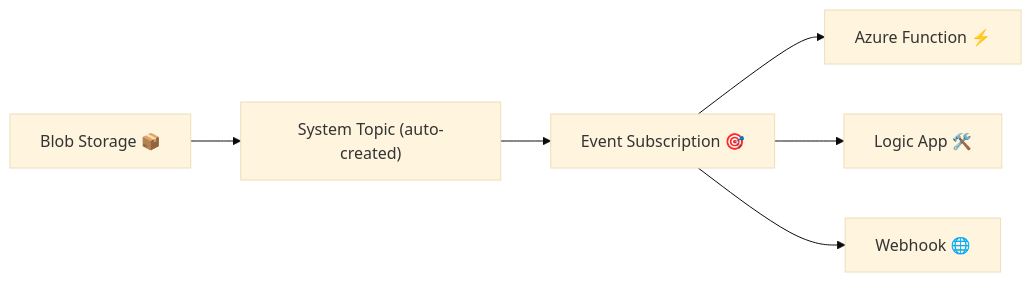
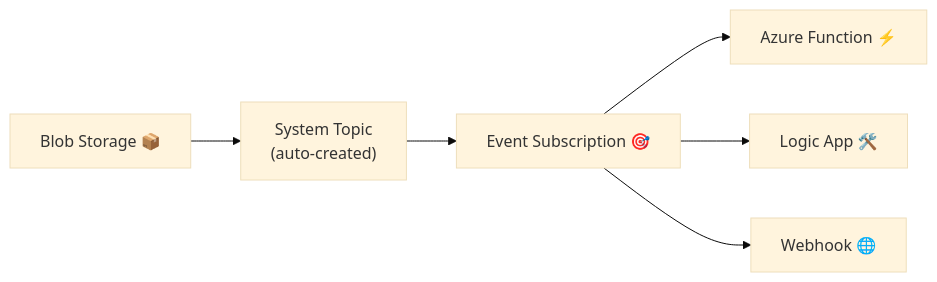
One commit to hadywafa/AzureHub changed the diagram in azure/9.integration/2.event-grid/3.1.system-topic.md. Above: the diagram before and after it, drawn with Mermaid (base theme). The commit also changed other lines of this file and 15 other files, not shown here.

````diff
--- a/azure/9.integration/2.event-grid/3.1.system-topic.md
+++ b/azure/9.integration/2.event-grid/3.1.system-topic.md
@@ -48,8 +48,8 @@
 ```mermaid
 flowchart LR
-    A[Blob Storage 📦] --> B["System Topic (auto-created)"]
+    A[Blob Storage 📦] --> B["System Topic </br>(auto-created)"]
     B --> C[Event Subscription 🎯]
     C --> D[Azure Function ⚡]
     C --> E[Logic App 🛠️]
     C --> F[Webhook 🌐]
 ```
````
